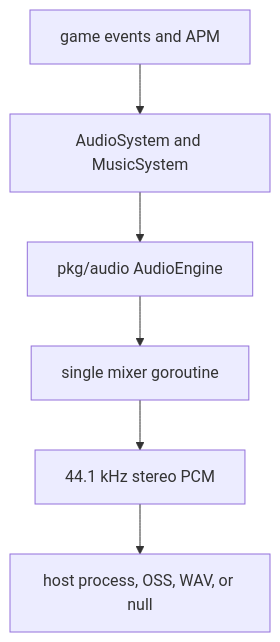
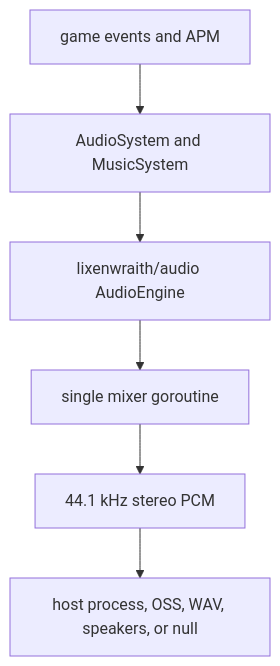
One commit to lixenwraith/vif changed the diagram in doc/audio.md. Above: the diagram before and after it, drawn with Mermaid. The commit also changed other lines of this file and 18 other files, not shown here.

First line of the commit message:
docs: the audio library's documents in pkg/audio/doc, vif's cut to the game's half (#1005)

````diff
--- a/doc/audio.md
+++ b/doc/audio.md
@@ -22,8 +26,8 @@
 ```mermaid
 flowchart TD
     Events["game events and APM"] --> Systems["AudioSystem and MusicSystem"]
-    Systems --> Engine["pkg/audio AudioEngine"]
+    Systems --> Engine["lixenwraith/audio AudioEngine"]
     Engine --> Mixer["single mixer goroutine"]
     Mixer --> PCM["44.1 kHz stereo PCM"]
-    PCM --> Backend["host process, OSS, WAV, or null"]
+    PCM --> Backend["host process, OSS, WAV, speakers, or null"]
 ```
````
